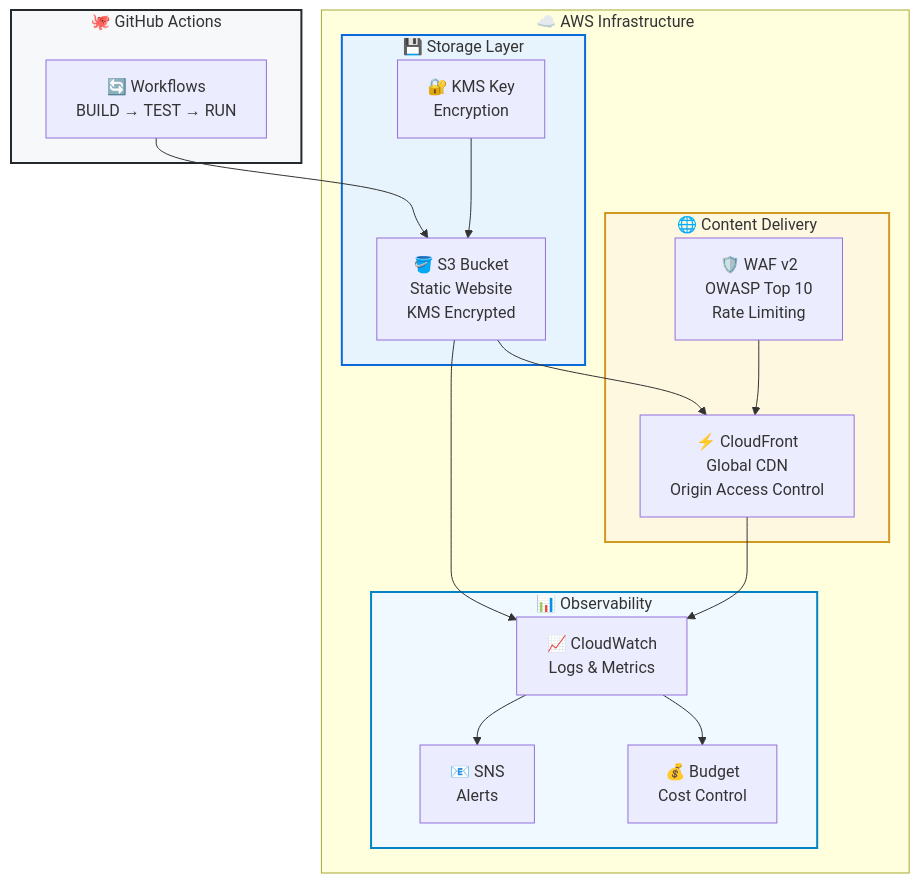
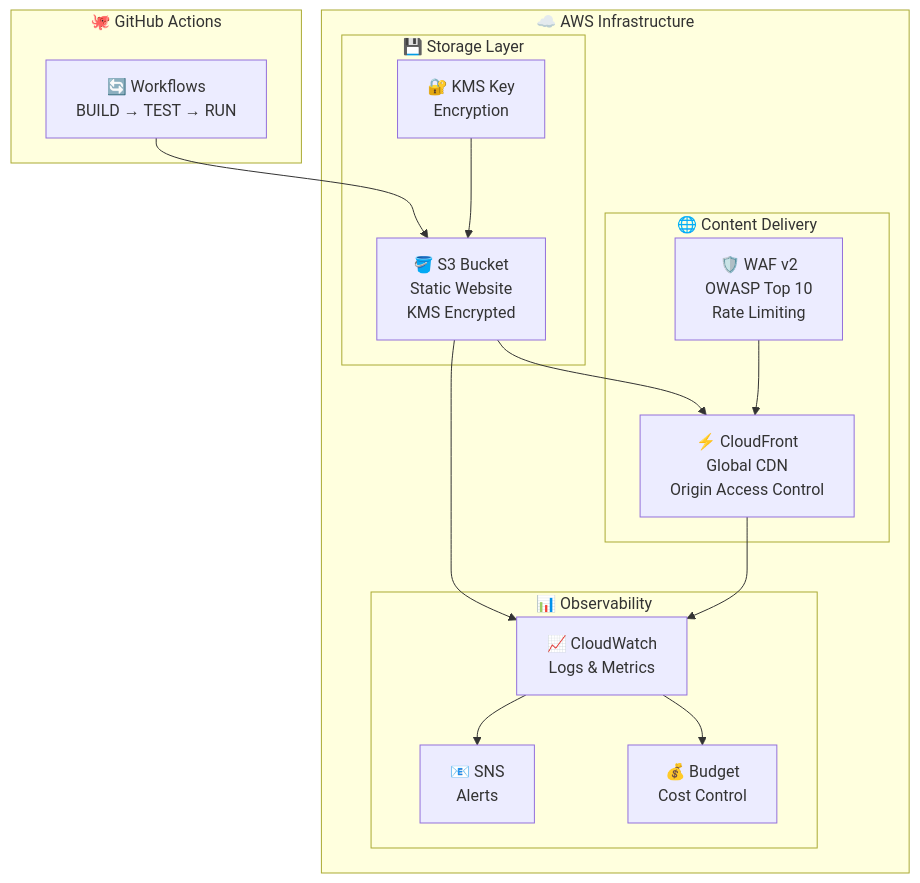
Before and after one commit to Celtikill/static-site: the third of 3 diagrams in README.md, drawn with Mermaid. The commit also changed other lines of this file and 5 other files, not shown here.

````diff
--- a/README.md
+++ b/README.md
@@ -129,43 +109,33 @@
 ```mermaid
 graph TD
     subgraph GitHub["🐙 GitHub Actions"]
         GHA["🔄 Workflows<br/>BUILD → TEST → RUN"]
     end
 
     subgraph AWS["☁️ AWS Infrastructure"]
         subgraph Storage["💾 Storage Layer"]
             S3["🪣 S3 Bucket<br/>Static Website<br/>KMS Encrypted"]
             KMS["🔐 KMS Key<br/>Encryption"]
         end
 
         subgraph CDN["🌐 Content Delivery"]
             CF["⚡ CloudFront<br/>Global CDN<br/>Origin Access Control"]
             WAF["🛡️ WAF v2<br/>OWASP Top 10<br/>Rate Limiting"]
         end
 
         subgraph Monitoring["📊 Observability"]
             CW["📈 CloudWatch<br/>Logs & Metrics"]
             SNS["📧 SNS<br/>Alerts"]
             Budget["💰 Budget<br/>Cost Control"]
         end
     end
 
     GHA --> S3
     KMS --> S3
     S3 --> CF
     WAF --> CF
     S3 --> CW
     CF --> CW
     CW --> SNS
     CW --> Budget
-
-    classDef githubStyle fill:#f6f8fa,stroke:#24292e,stroke-width:2px
-    classDef storageStyle fill:#e8f4fd,stroke:#0969da,stroke-width:2px
-    classDef cdnStyle fill:#fff8e1,stroke:#d29922,stroke-width:2px
-    classDef monitorStyle fill:#f0f9ff,stroke:#0284c7,stroke-width:2px
-
-    class GitHub githubStyle
-    class Storage storageStyle
-    class CDN cdnStyle
-    class Monitoring monitorStyle
 ```
````
